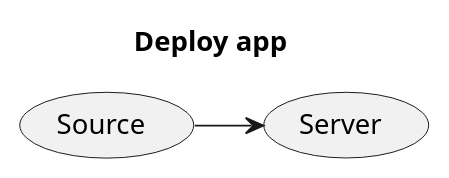
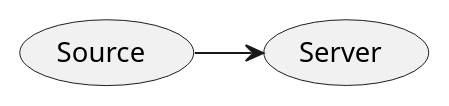
One commit to midujs/demo-deploy-app changed the first of 5 diagrams in README.md. Above: the diagram before and after it, drawn with PlantUML. The commit also changed other lines of this file, not shown here.

Commit message:
Update uml

````diff
--- a/README.md
+++ b/README.md
@@ -5,7 +7,5 @@
 ```plantuml
 @startuml
-title Deploy app
-
 (Source) -> (Server)
 @enduml
 ```
````
